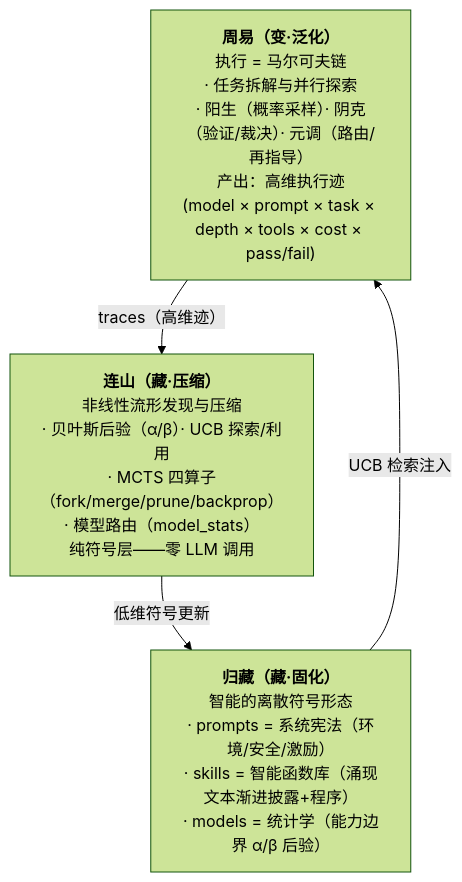
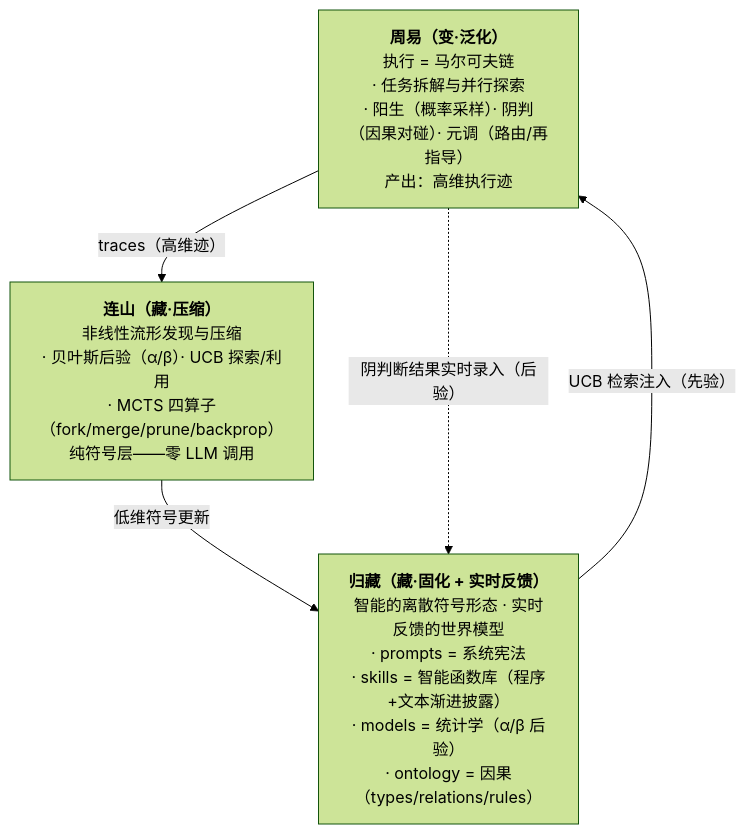
The first of 18 diagrams in Blueprint.md (wenge6090-tech/taiji), drawn with Mermaid (forest theme) before and after one commit. The commit also changed other lines of this file and 62 other files, not shown here.

````diff
--- a/Blueprint.md
+++ b/Blueprint.md
@@ -113,9 +70,10 @@
 ```mermaid
 flowchart TD
-    Z["<b>周易（变·泛化）</b><br/>执行 = 马尔可夫链<br/>· 任务拆解与并行探索<br/>· 阳生（概率采样）· 阴克（验证/裁决）· 元调（路由/再指导）<br/>产出：高维执行迹<br/>(model × prompt × task × depth × tools × cost × pass/fail)"]
-    L["<b>连山（藏·压缩）</b><br/>非线性流形发现与压缩<br/>· 贝叶斯后验（α/β）· UCB 探索/利用<br/>· MCTS 四算子（fork/merge/prune/backprop）<br/>· 模型路由（model_stats）<br/>纯符号层——零 LLM 调用"]
-    G["<b>归藏（藏·固化）</b><br/>智能的离散符号形态<br/>· prompts = 系统宪法（环境/安全/激励）<br/>· skills = 智能函数库（涌现文本渐进披露+程序）<br/>· models = 统计学（能力边界 α/β 后验）"]
+    Z["<b>周易（变·泛化）</b><br/>执行 = 马尔可夫链<br/>· 任务拆解与并行探索<br/>· 阳生（概率采样）· 阴判（因果对碰）· 元调（路由/再指导）<br/>产出：高维执行迹"]
+    L["<b>连山（藏·压缩）</b><br/>非线性流形发现与压缩<br/>· 贝叶斯后验（α/β）· UCB 探索/利用<br/>· MCTS 四算子（fork/merge/prune/backprop）<br/>纯符号层——零 LLM 调用"]
+    G["<b>归藏（藏·固化 + 实时反馈）</b><br/>智能的离散符号形态 · 实时反馈的世界模型<br/>· prompts = 系统宪法<br/>· skills = 智能函数库（程序+文本渐进披露）<br/>· models = 统计学（α/β 后验）<br/>· ontology = 因果（types/relations/rules）"]
     Z -->|"traces（高维迹）"| L
     L -->|"低维符号更新"| G
-    G -->|"UCB 检索注入"| Z
+    G -->|"UCB 检索注入（先验）"| Z
+    Z -.->|"阴判断结果实时录入（后验）"| G
 ```
````
